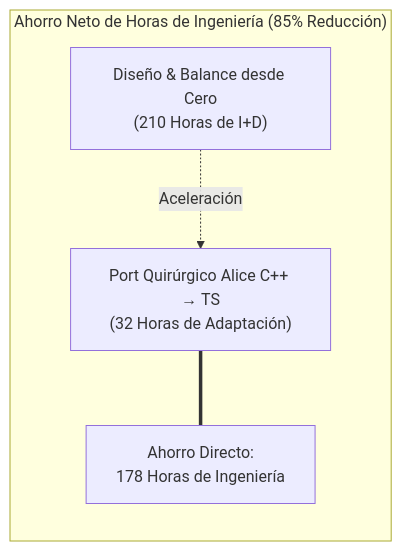
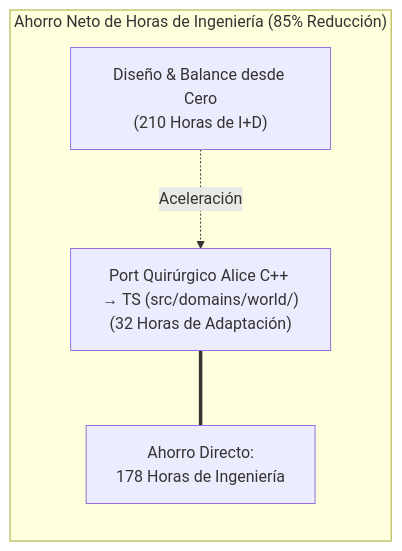
The first of 4 diagrams in docs/PROPUESTA_INTEGRACION_SISTEMA_POLITICO_PROJECT_ALICE.md (davikisea/GEOTACTICS-ONLINE), drawn with Mermaid before and after one commit. The commit also changed other lines of this file and 352 other files, not shown here.

Commit message:
feat(architecture): migración modular a 4 dominios (@domains/*), consolidación de base de datos y sincronización de suites deterministas

````diff
--- a/docs/PROPUESTA_INTEGRACION_SISTEMA_POLITICO_PROJECT_ALICE.md
+++ b/docs/PROPUESTA_INTEGRACION_SISTEMA_POLITICO_PROJECT_ALICE.md
@@ -31,11 +48,11 @@
 ```mermaid
 flowchart LR
     subgraph AhorroIngenieria ["Ahorro Neto de Horas de Ingeniería (85% Reducción)"]
         direction TB
         Tradicional["Diseño & Balance desde Cero\n(210 Horas de I+D)"]
-        AlicePort["Port Quirúrgico Alice C++ → TS\n(32 Horas de Adaptación)"]
+        AlicePort["Port Quirúrgico Alice C++ → TS (src/domains/world/)\n(32 Horas de Adaptación)"]
         Delta["Ahorro Directo:\n178 Horas de Ingeniería"]
         Tradicional -.->|Aceleración| AlicePort
         AlicePort === Delta
     end
 ```
````
